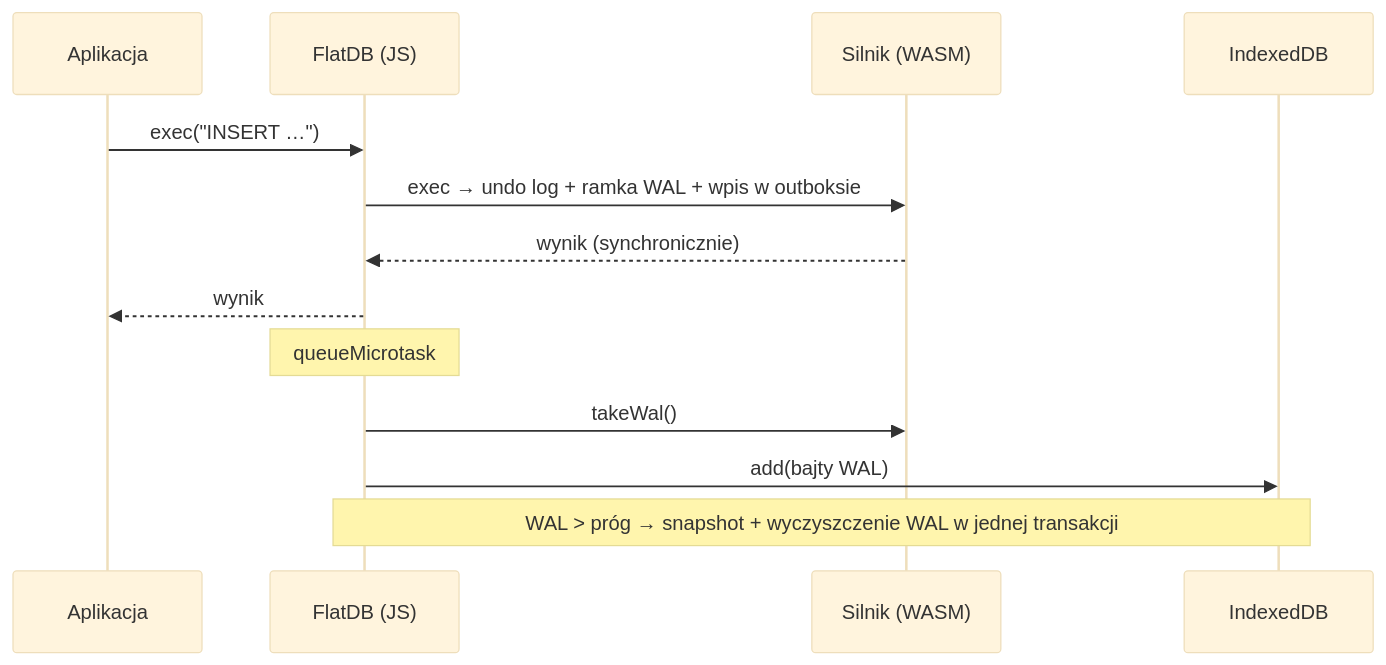
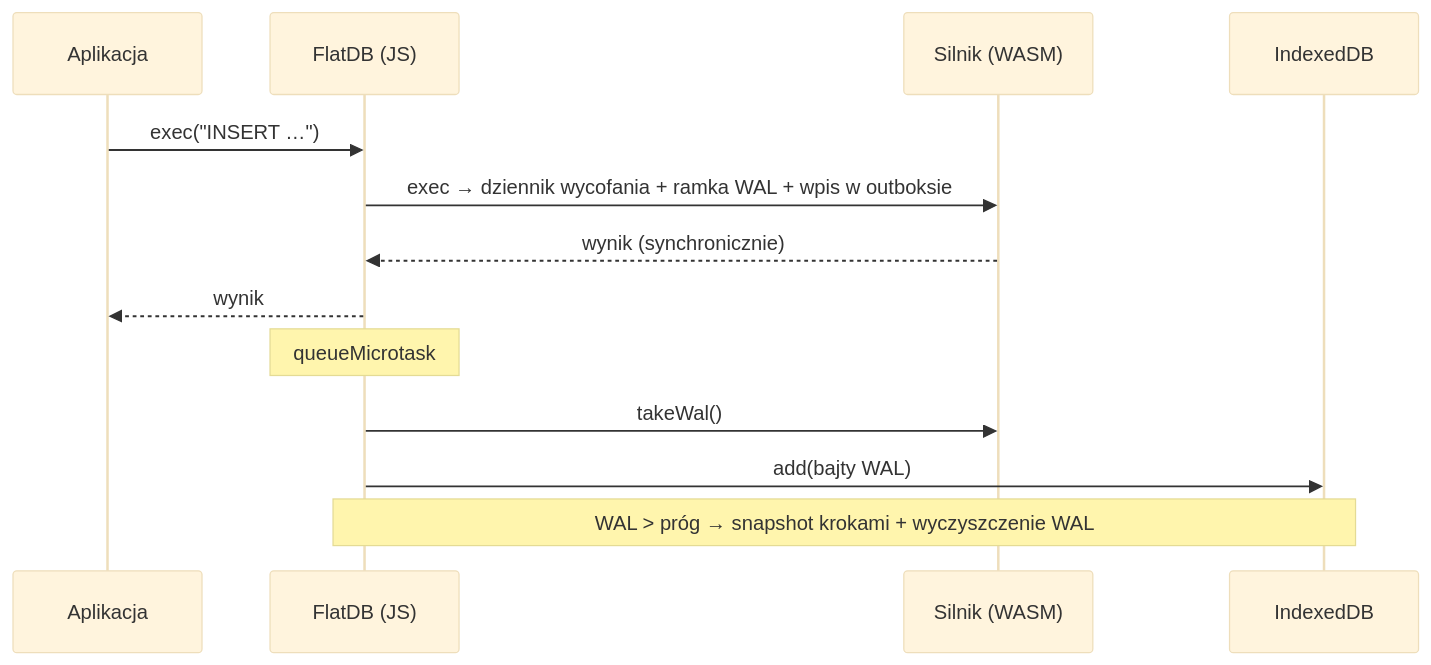
One commit to best-team-8/dbms-rust-wasm changed the third of 4 diagrams in README.md. Above: the diagram before and after it, drawn with Mermaid (base theme). The commit also changed other lines of this file and 63 other files, not shown here.

````diff
--- a/README.md
+++ b/README.md
@@ -231,15 +84,15 @@
 ```mermaid
 sequenceDiagram
   participant App as Aplikacja
   participant B as FlatDB (JS)
   participant E as Silnik (WASM)
   participant S as IndexedDB
   App->>B: exec("INSERT …")
-  B->>E: exec → undo log + ramka WAL + wpis w outboksie
+  B->>E: exec → dziennik wycofania + ramka WAL + wpis w outboksie
   E-->>B: wynik (synchronicznie)
   B-->>App: wynik
   Note over B: queueMicrotask
   B->>E: takeWal()
   B->>S: add(bajty WAL)
-  Note over B,S: WAL > próg → snapshot + wyczyszczenie WAL w jednej transakcji
+  Note over B,S: WAL > próg → snapshot krokami + wyczyszczenie WAL
 ```
````
